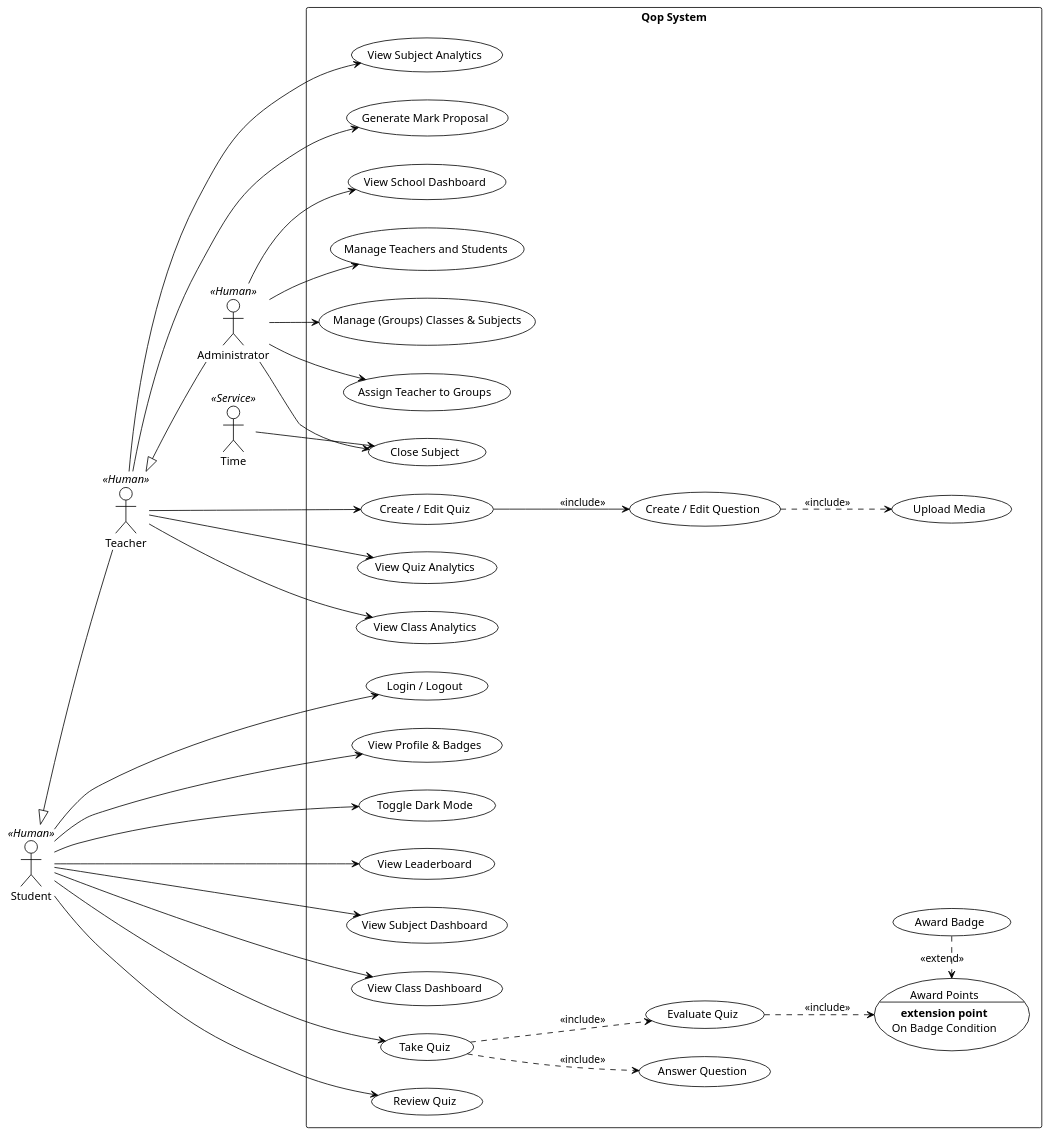
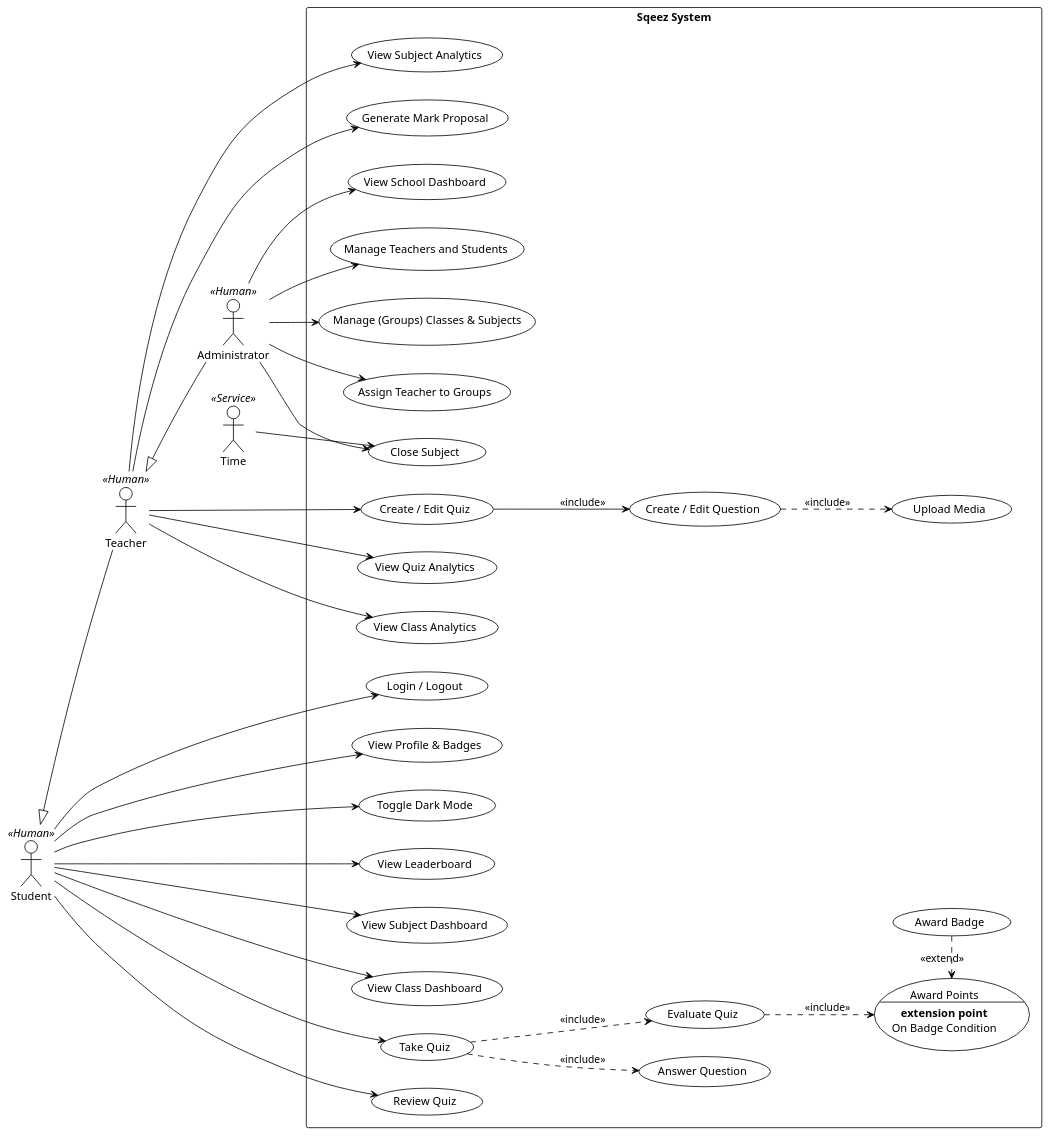
One commit to Denkomasta/Qop changed the diagram in analysis/02_use_case_diagram/02_use_case.puml. Above: the diagram before and after it, drawn with PlantUML. The commit also changed 10 other files, not shown here.

Commit message:
docs: design class diagram and rename of system

```diff
--- a/analysis/02_use_case_diagram/02_use_case.puml
+++ b/analysis/02_use_case_diagram/02_use_case.puml
@@ -1,88 +1,88 @@
-@startuml
+@startuml Sqeez System
 !theme plain
 left to right direction
 skinparam packageStyle rectangle
 
 actor "Student" as student << Human >>
 actor "Teacher" as teacher << Human >>
 actor "Administrator" as admin << Human >>
 actor "Time" as time << Service >>
 
 student <|-- teacher
 teacher <|-- admin
 
-rectangle "Qop System" {
+rectangle "Sqeez System" {
 
   ' --- Common / Student Level ---
   usecase "Login / Logout" as UC_Login
   usecase "View Profile & Badges" as UC_Profile
   usecase "Toggle Dark Mode" as UC_Theme
   usecase "View Leaderboard" as UC_ViewLeaderboard
   usecase "View School Dashboard" as UC_ViewSchool
   usecase "View Subject Dashboard" as UC_ViewSubject
   usecase "View Class Dashboard" as UC_Class
   
   ' --- Quiz & Gamification ---
   usecase "Take Quiz" as UC_TakeQuiz
   usecase "Review Quiz" as UC_ReviewQuiz
   usecase UC_AwardPoints as "Award Points\n--\n**extension point**\nOn Badge Condition" 
   usecase "Answer Question" as UC_AnswerQuestion
   usecase "Evaluate Quiz" as UC_EvalQuiz
   usecase "Award Badge" as UC_AwardBadge
 
   ' --- Teacher Level (Subject Context) ---
   usecase "Create / Edit Quiz" as UC_ManageQuiz
   usecase "Create / Edit Question" as UC_CreateQuestion
   usecase "Upload Media" as UC_UploadMedia
   usecase "View Quiz Analytics" as UC_QuizStats
   usecase "View Class Analytics" as UC_SubjectStats
   usecase "View Subject Analytics" as UC_ClassStats
   usecase "Generate Mark Proposal" as UC_GenMarks
 
   ' --- Admin Level ---
   usecase "Manage Teachers and Students" as UC_ManageUsers
   usecase "Manage (Groups) Classes & Subjects" as UC_ManageClasses
   usecase "Assign Teacher to Groups" as UC_AssignLeaders
 
   ' --- System / Automated ---
   usecase "Close Subject" as UC_CloseSubject
 }
 
 ' --- Relationships ---
 
 ' Student Connections (Base Level)
 student --> UC_Login
 student --> UC_Profile
 student --> UC_Theme
 student --> UC_TakeQuiz
 student --> UC_ViewLeaderboard
 student --> UC_ViewSubject
 student --> UC_Class
 student --> UC_ReviewQuiz
 
 ' Quiz Logic
 UC_TakeQuiz ..> UC_AnswerQuestion : << include >>
 UC_TakeQuiz ..> UC_EvalQuiz : << include >>
 UC_EvalQuiz ..> UC_AwardPoints : << include >> 
 UC_AwardBadge .> UC_AwardPoints : << extend >> 
 
 ' Teacher Specific Connections
 teacher --> UC_ManageQuiz
 teacher --> UC_QuizStats
 teacher --> UC_SubjectStats
 teacher --> UC_ClassStats
 teacher --> UC_GenMarks
 UC_ManageQuiz --> UC_CreateQuestion : << include >>
 UC_CreateQuestion ..> UC_UploadMedia : <<include>>
 
 ' Admin Specific Connections
 admin --> UC_ManageUsers
 admin --> UC_ManageClasses
 admin --> UC_AssignLeaders
 admin --> UC_CloseSubject
 admin --> UC_ViewSchool
 
 ' Time / Automated Connections
 time --> UC_CloseSubject
 
 @enduml
```
